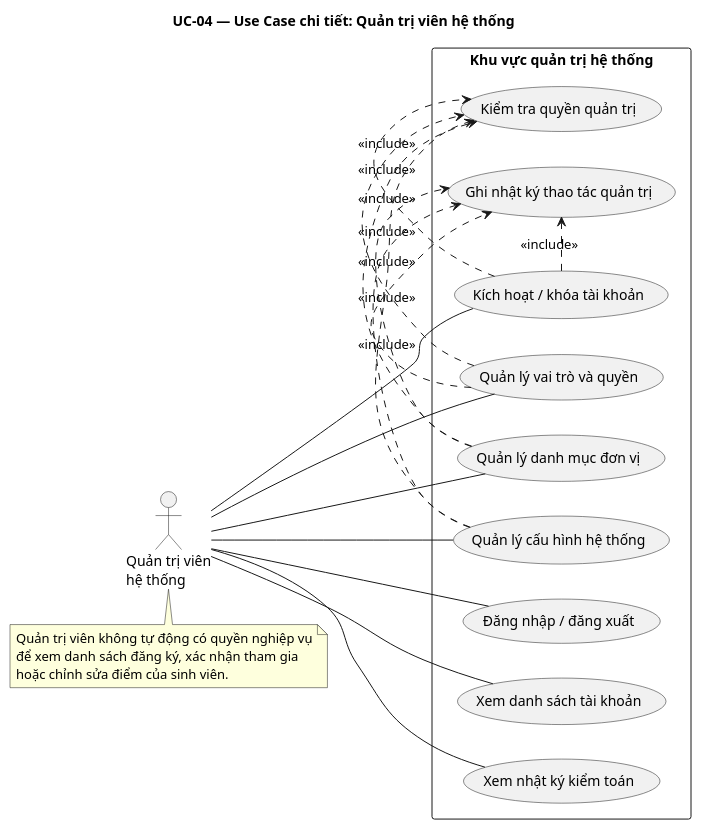
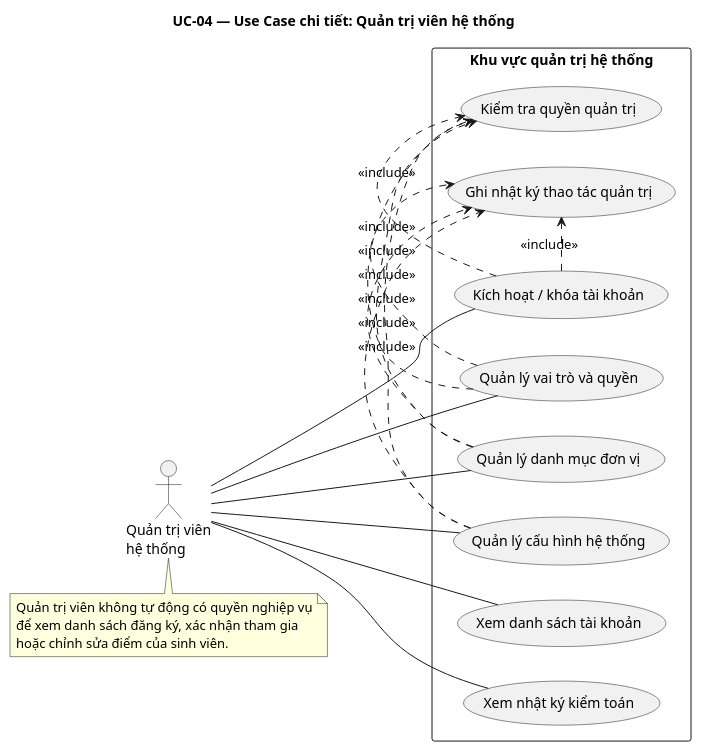
Before and after one commit to Anhxiao/TT_chuyen_nganh: the diagram in Du_an_CN/docs/uml/04-use-case-admin.puml, drawn with PlantUML. The commit also changed 33 other files, not shown here.

```diff
--- a/Du_an_CN/docs/uml/04-use-case-admin.puml
+++ b/Du_an_CN/docs/uml/04-use-case-admin.puml
@@ -1,41 +1,39 @@
 @startuml
 title UC-04 — Use Case chi tiết: Quản trị viên hệ thống
 left to right direction
 skinparam shadowing false
 actor "Quản trị viên\nhệ thống" as Admin
 
 rectangle "Khu vực quản trị hệ thống" {
-  usecase "Đăng nhập / đăng xuất" as Login
   usecase "Xem danh sách tài khoản" as ViewUsers
   usecase "Kích hoạt / khóa tài khoản" as ManageUsers
   usecase "Quản lý vai trò và quyền" as Roles
   usecase "Quản lý danh mục đơn vị" as Organizations
   usecase "Quản lý cấu hình hệ thống" as Config
   usecase "Xem nhật ký kiểm toán" as AuditLogs
   usecase "Ghi nhật ký thao tác quản trị" as Audit
   usecase "Kiểm tra quyền quản trị" as Permission
 }
 
-Admin -- Login
 Admin -- ViewUsers
 Admin -- ManageUsers
 Admin -- Roles
 Admin -- Organizations
 Admin -- Config
 Admin -- AuditLogs
 
 ManageUsers .> Permission : <<include>>
 Roles .> Permission : <<include>>
 Organizations .> Permission : <<include>>
 Config .> Permission : <<include>>
 ManageUsers .> Audit : <<include>>
 Roles .> Audit : <<include>>
 Organizations .> Audit : <<include>>
 Config .> Audit : <<include>>
 
 note bottom of Admin
 Quản trị viên không tự động có quyền nghiệp vụ
 để xem danh sách đăng ký, xác nhận tham gia
 hoặc chỉnh sửa điểm của sinh viên.
 end note
 @enduml
```
